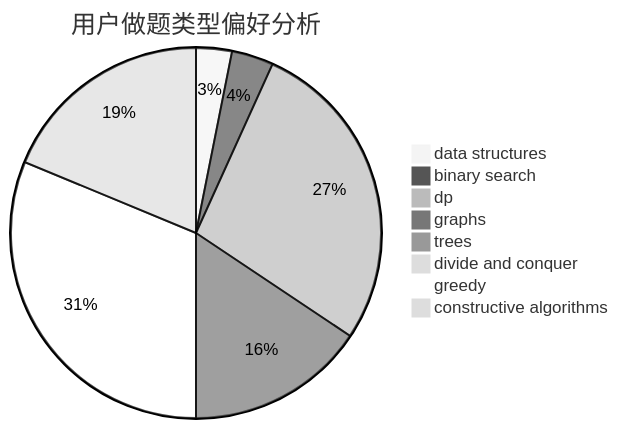
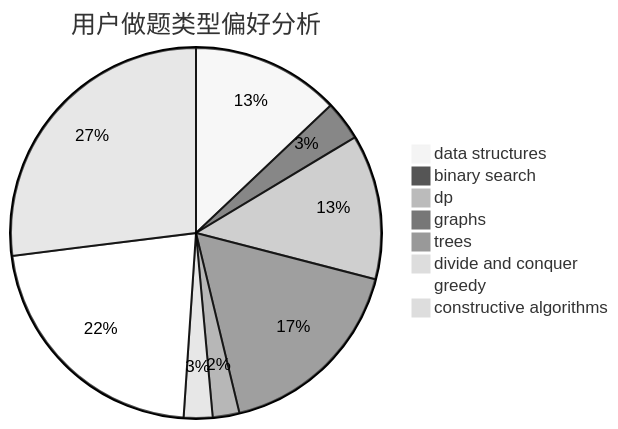
The second of 3 diagrams in docs/user/u138.md (sherpahu/cfrs.github.io), drawn with Mermaid (neutral theme) before and after one commit. The commit also changed other lines of this file and 2770 other files, not shown here.

````diff
--- a/docs/user/u138.md
+++ b/docs/user/u138.md
@@ -23,11 +23,11 @@
 ```mermaid
 pie title 用户做题类型偏好分析
-    "data structures" :  6
-    "binary search" :  7
-    "dp" :  53
-    "graphs" :  30
-    "trees" :  1
-    "divide and conquer" :  0
-    "greedy" :  60
-    "constructive algorithms" :  36
+    "data structures" :  139
+    "binary search" :  37
+    "dp" :  136
+    "graphs" :  185
+    "trees" :  25
+    "divide and conquer" :  27
+    "greedy" :  236
+    "constructive algorithms" :  290
 ```
````
